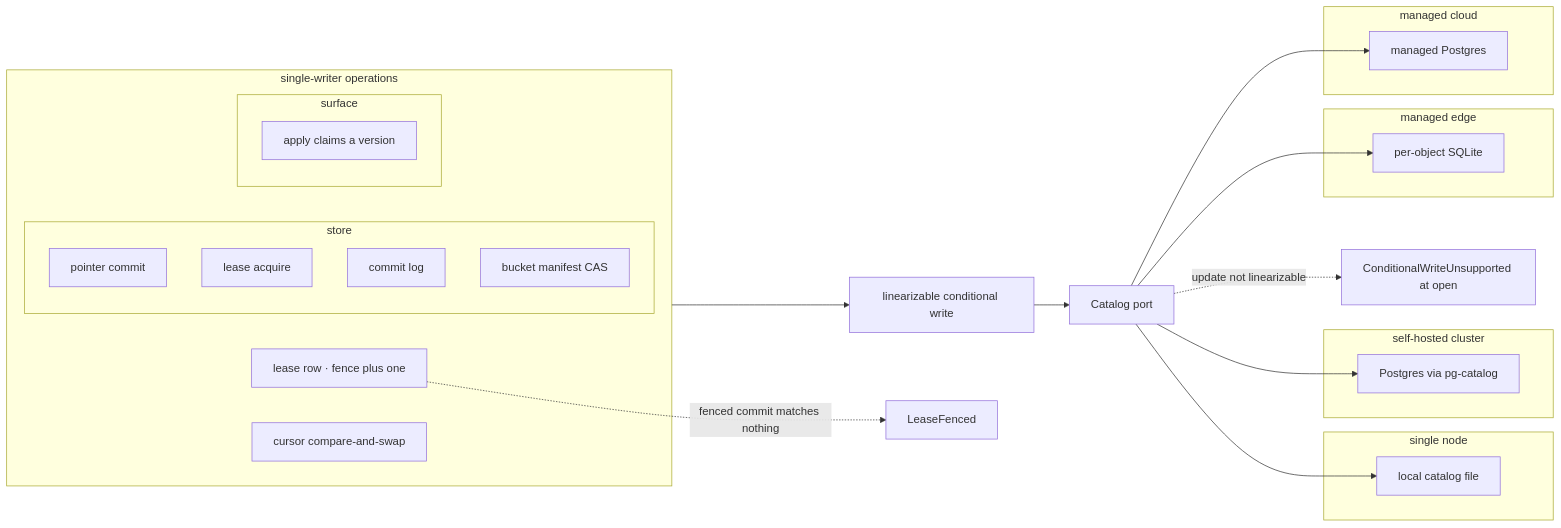
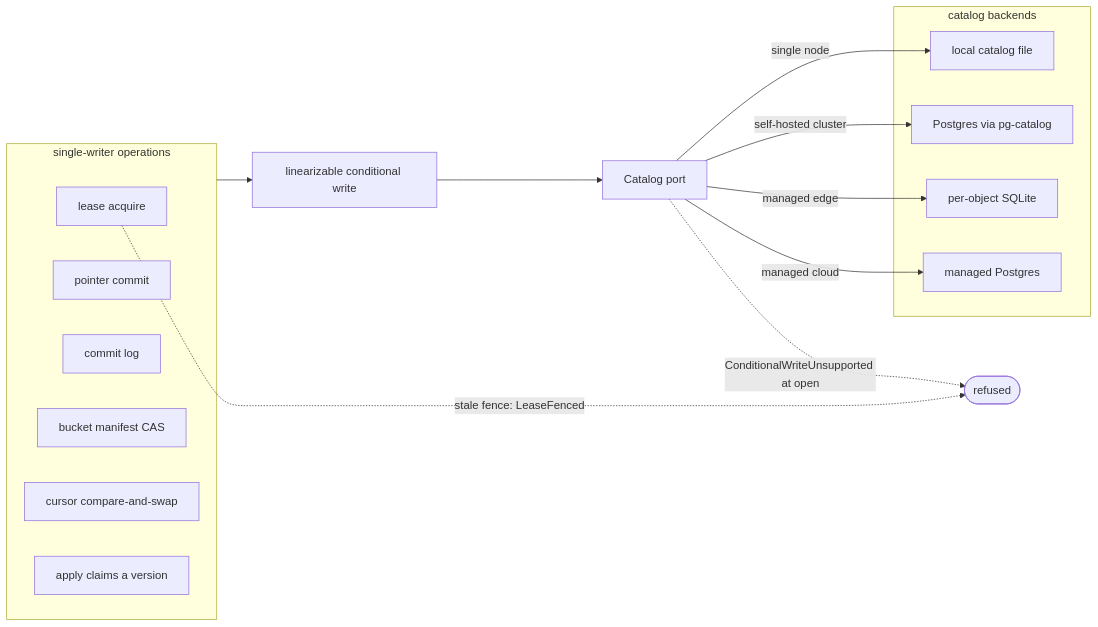
The fifth of 5 diagrams in spec/01-topology.md (fractalboxdev/contextful), drawn with Mermaid before and after one commit. The commit also changed other lines of this file and 24 other files, not shown here.

First line of the commit message:
spec: every flowchart draws one entity or process per node

````diff
--- a/spec/01-topology.md
+++ b/spec/01-topology.md
@@ -281,37 +280,28 @@
 ```mermaid
 flowchart LR
   subgraph OPS["single-writer operations"]
-    LROW["lease row · fence plus one"]
+    LA["lease acquire"]
+    PTR["pointer commit"]
+    CL["commit log"]
+    MAN["bucket manifest CAS"]
     CUR["cursor compare-and-swap"]
-    subgraph STOREOPS["store"]
-      PTR["pointer commit"]
-      LA["lease acquire"]
-      CL["commit log"]
-      MAN["bucket manifest CAS"]
-    end
-    subgraph SURFOPS["surface"]
-      APPLY["apply claims a version"]
-    end
+    APPLY["apply claims a version"]
   end
   PRIM["linearizable conditional write"]
   PORT["Catalog port"]
-  subgraph NODE1["single node"]
+  subgraph BACKENDS["catalog backends"]
     LOCAL["local catalog file"]
-  end
-  subgraph CLUSTER["self-hosted cluster"]
     PG["Postgres via pg-catalog"]
-  end
-  subgraph MEDGE["managed edge"]
     SQLITE["per-object SQLite"]
-  end
-  subgraph MCLOUD["managed cloud"]
     MPG["managed Postgres"]
   end
-  WEAK["ConditionalWriteUnsupported at open"]
-  STALE["LeaseFenced"]
+  REFUSED(["refused"])
 
   OPS --> PRIM --> PORT
-  PORT --> LOCAL & PG & SQLITE & MPG
-  PORT -. "update not linearizable" .-> WEAK
-  LROW -. "fenced commit matches nothing" .-> STALE
+  PORT -- "single node" --> LOCAL
+  PORT -- "self-hosted cluster" --> PG
+  PORT -- "managed edge" --> SQLITE
+  PORT -- "managed cloud" --> MPG
+  PORT -. "ConditionalWriteUnsupported at open" .-> REFUSED
+  LA -. "stale fence: LeaseFenced" .-> REFUSED
 ```
````
